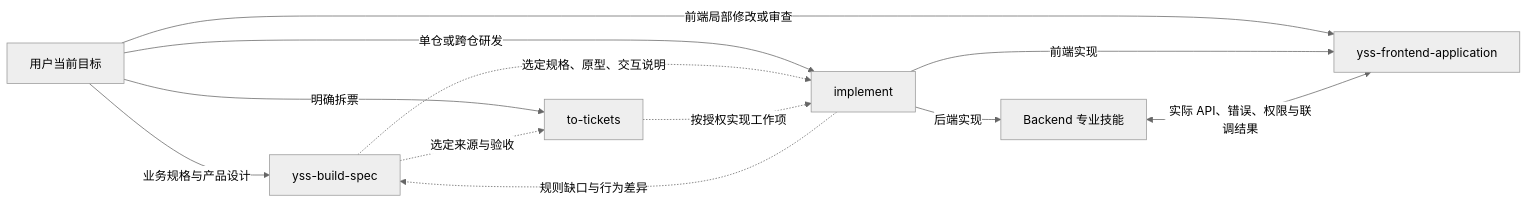
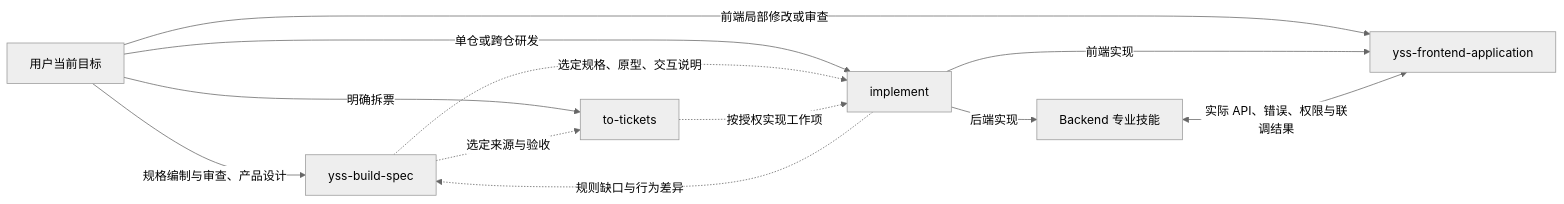
Before and after one commit to iloveZzz/yss-spec-project-template: the diagram in .template-spec/agents/profile-skills.md, drawn with Mermaid (neutral theme). The commit also changed other lines of this file and 9 other files, not shown here.

````diff
--- a/.template-spec/agents/profile-skills.md
+++ b/.template-spec/agents/profile-skills.md
@@ -141,14 +141,14 @@
 ```mermaid
 flowchart LR
-  U[用户当前目标] -->|业务规格与产品设计| S[yss-build-spec]
+  U[用户当前目标] -->|规格编制与审查、产品设计| S[yss-build-spec]
   U -->|单仓或跨仓研发| I[implement]
   U -->|前端局部修改或审查| F[yss-frontend-application]
   U -->|明确拆票| T[to-tickets]
   S -.选定规格、原型、交互说明.-> I
   S -.选定来源与验收.-> T
   T -.按授权实现工作项.-> I
   I -->|前端实现| F
   I -->|后端实现| B[Backend 专业技能]
   B <-->|实际 API、错误、权限与联调结果| F
   I -.规则缺口与行为差异.-> S
 ```
````
